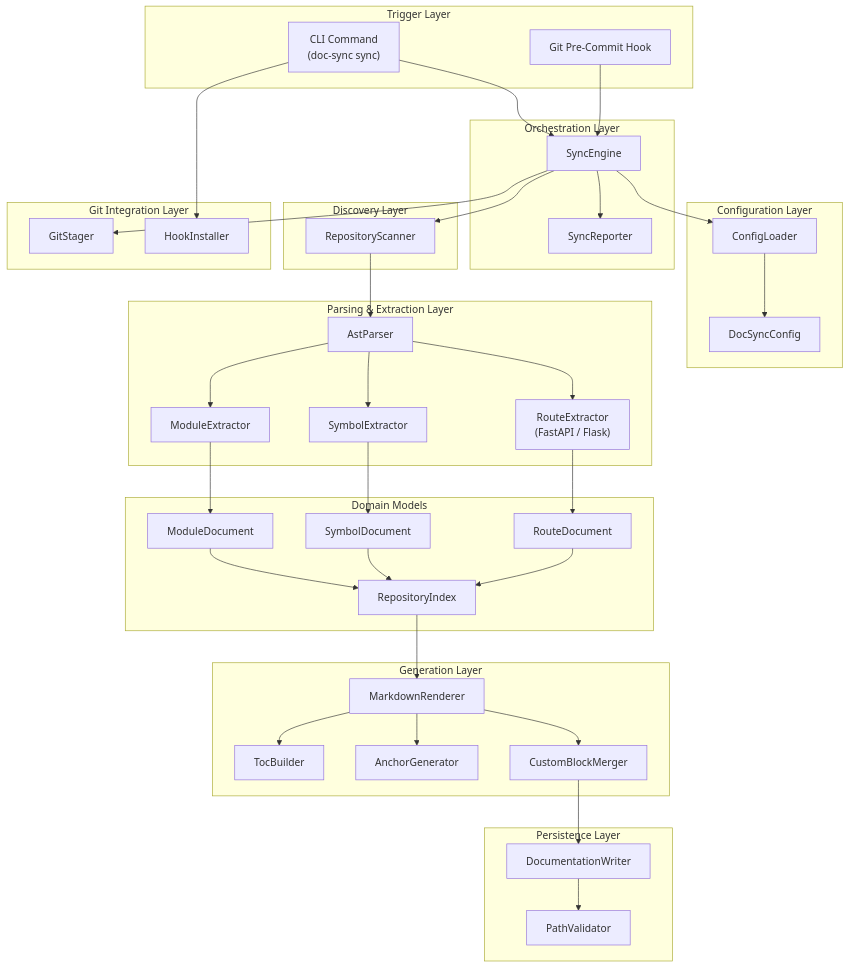
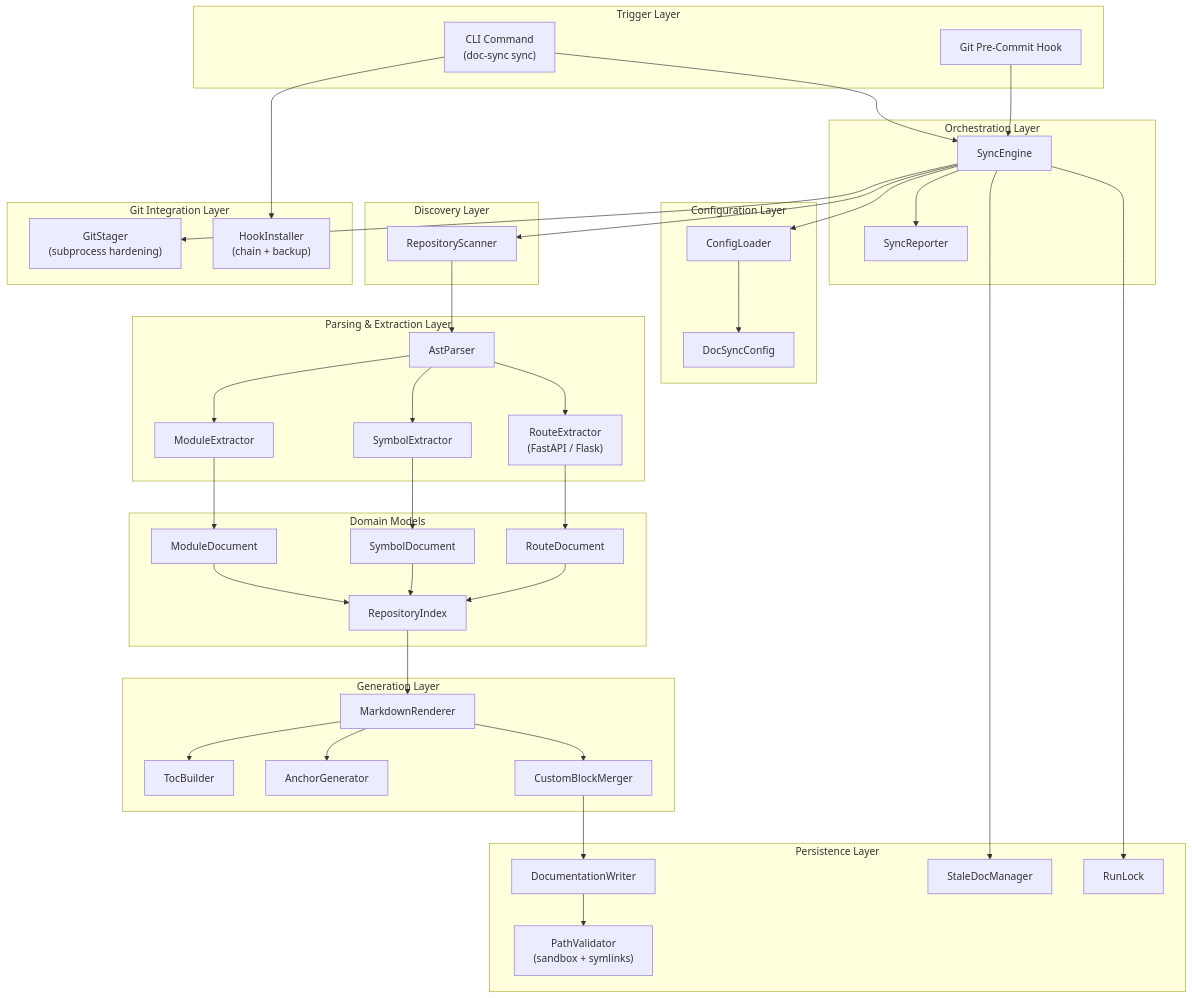
The first of 7 diagrams in architecture.md (ruchikajoshi88-source/automated-doc-sync), drawn with Mermaid before and after one commit. The commit also changed other lines of this file and 1 other file, not shown here.

Commit message:
docs: complete design review and update architecture

````diff
--- a/architecture.md
+++ b/architecture.md
@@ -55,77 +56,81 @@
 ```mermaid
 flowchart TB
     subgraph Triggers["Trigger Layer"]
         CLI["CLI Command<br/>(doc-sync sync)"]
         Hook["Git Pre-Commit Hook"]
     end
 
     subgraph Orchestration["Orchestration Layer"]
         Engine["SyncEngine"]
         Reporter["SyncReporter"]
     end
 
     subgraph Configuration["Configuration Layer"]
         ConfigLoader["ConfigLoader"]
         ConfigModel["DocSyncConfig"]
     end
 
     subgraph Discovery["Discovery Layer"]
         Scanner["RepositoryScanner"]
     end
 
     subgraph Parsing["Parsing & Extraction Layer"]
         AstParser["AstParser"]
         ModuleExtractor["ModuleExtractor"]
         SymbolExtractor["SymbolExtractor"]
         RouteExtractor["RouteExtractor<br/>(FastAPI / Flask)"]
     end
 
     subgraph Domain["Domain Models"]
         ModuleDoc["ModuleDocument"]
         SymbolDoc["SymbolDocument"]
         RouteDoc["RouteDocument"]
         RepoIndex["RepositoryIndex"]
     end
 
     subgraph Generation["Generation Layer"]
         MdRenderer["MarkdownRenderer"]
         TocBuilder["TocBuilder"]
         AnchorGen["AnchorGenerator"]
         CustomMerger["CustomBlockMerger"]
     end
 
     subgraph Persistence["Persistence Layer"]
         DocWriter["DocumentationWriter"]
-        PathValidator["PathValidator"]
+        PathValidator["PathValidator<br/>(sandbox + symlinks)"]
+        StaleDocs["StaleDocManager"]
+        RunLock["RunLock"]
     end
 
     subgraph GitLayer["Git Integration Layer"]
-        GitStager["GitStager"]
-        HookInstaller["HookInstaller"]
+        GitStager["GitStager<br/>(subprocess hardening)"]
+        HookInstaller["HookInstaller<br/>(chain + backup)"]
     end
 
     CLI --> Engine
     Hook --> Engine
     Engine --> ConfigLoader
     ConfigLoader --> ConfigModel
     Engine --> Scanner
     Scanner --> AstParser
     AstParser --> ModuleExtractor
     AstParser --> SymbolExtractor
     AstParser --> RouteExtractor
     ModuleExtractor --> ModuleDoc
     SymbolExtractor --> SymbolDoc
     RouteExtractor --> RouteDoc
     ModuleDoc --> RepoIndex
     SymbolDoc --> RepoIndex
     RouteDoc --> RepoIndex
     RepoIndex --> MdRenderer
     MdRenderer --> TocBuilder
     MdRenderer --> AnchorGen
     MdRenderer --> CustomMerger
     CustomMerger --> DocWriter
     DocWriter --> PathValidator
+    Engine --> StaleDocs
+    Engine --> RunLock
     Engine --> GitStager
     Engine --> Reporter
     CLI --> HookInstaller
 ```
````
